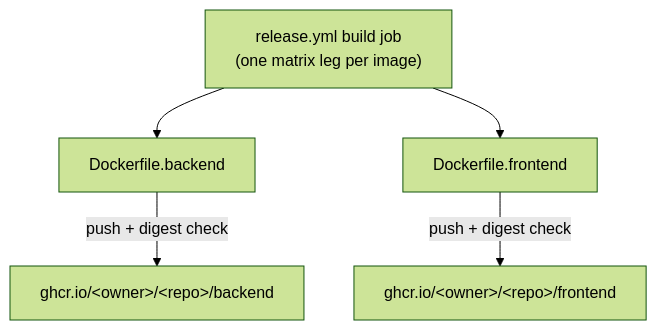
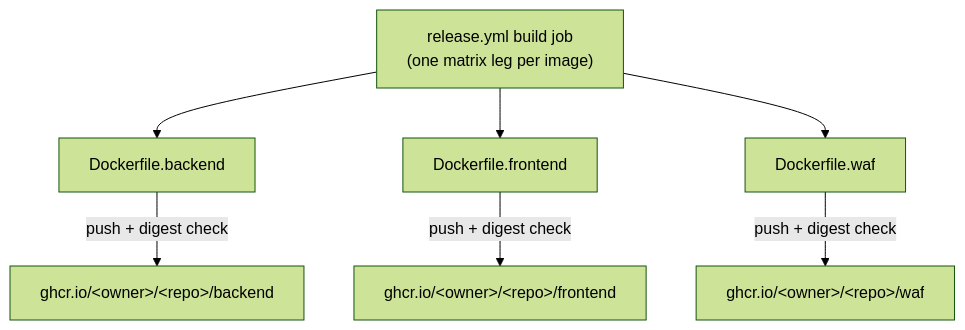
One commit to berserkhmdvhb/fullstack_template changed the second of 3 diagrams in wiki/containerization.md. Above: the diagram before and after it, drawn with Mermaid (forest theme). The commit also changed other lines of this file and 20 other files, not shown here.

````diff
--- a/wiki/containerization.md
+++ b/wiki/containerization.md
@@ -178,7 +184,9 @@
 ```mermaid
 flowchart TB
     CI["release.yml build job<br/>(one matrix leg per image)"] --> Backend["Dockerfile.backend"]
     CI --> Frontend["Dockerfile.frontend"]
+    CI --> Waf["Dockerfile.waf"]
     Backend -->|"push + digest check"| Registry["ghcr.io/&lt;owner&gt;/&lt;repo&gt;/backend"]
     Frontend -->|"push + digest check"| Registry2["ghcr.io/&lt;owner&gt;/&lt;repo&gt;/frontend"]
+    Waf -->|"push + digest check"| Registry3["ghcr.io/&lt;owner&gt;/&lt;repo&gt;/waf"]
 ```
````
